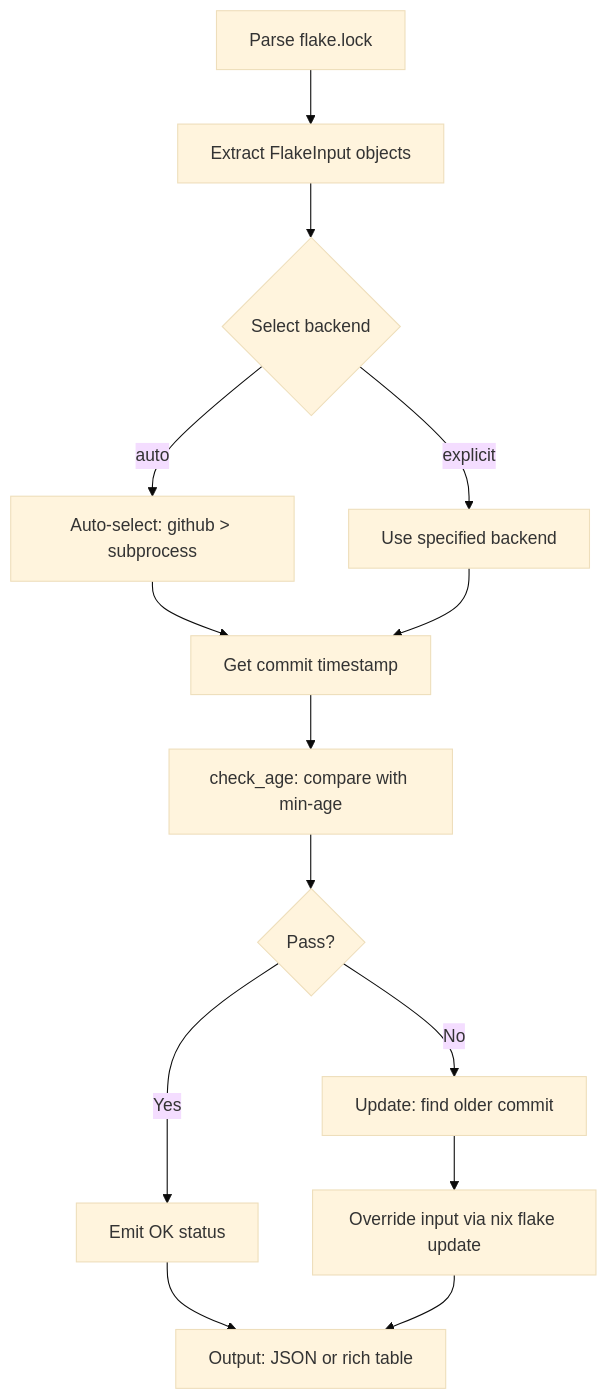
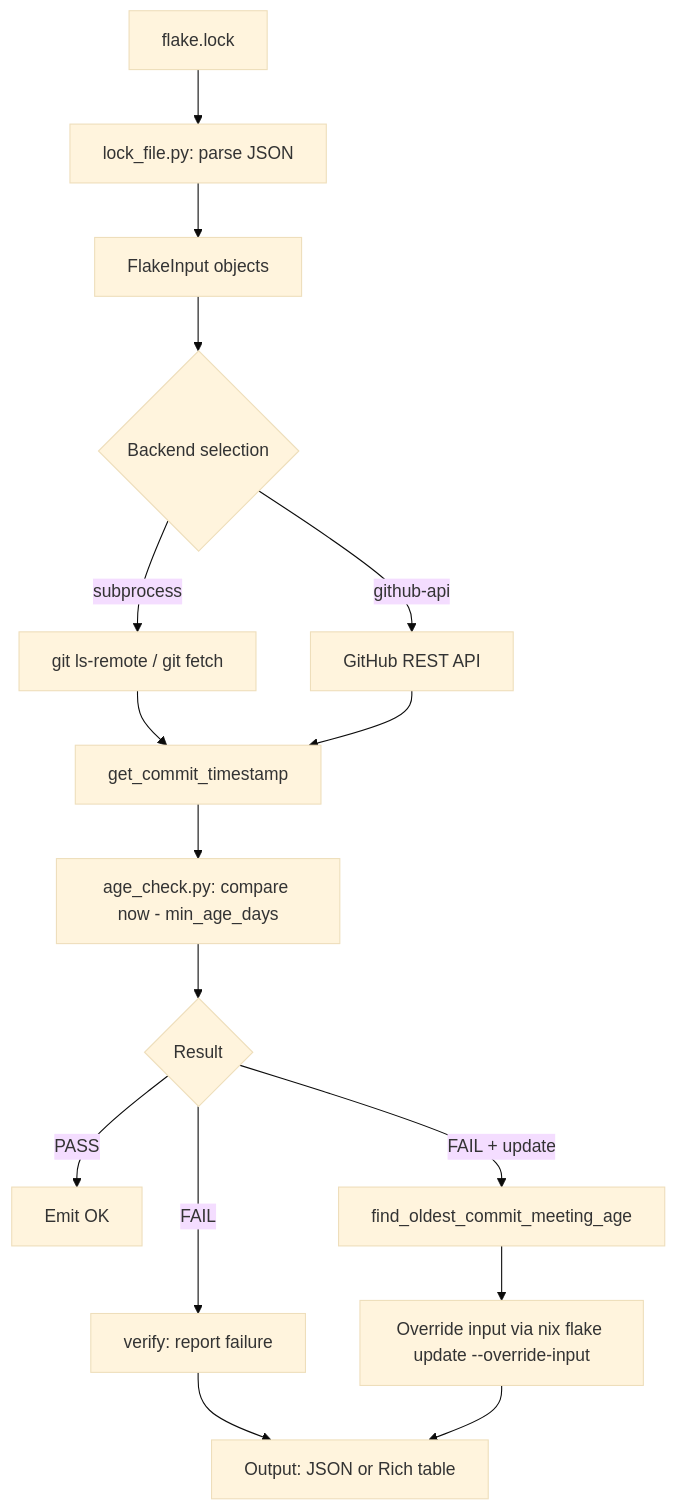
One commit to impure0xntk/nix-flake-age-filter changed the diagram in docs/design.md. Above: the diagram before and after it, drawn with Mermaid (base theme). The commit also changed other lines of this file and 3 other files, not shown here.

````diff
--- a/docs/design.md
+++ b/docs/design.md
@@ -48,16 +47,18 @@
 ```mermaid
 flowchart TD
-    A[Parse flake.lock] --> B[Extract FlakeInput objects]
-    B --> C{Select backend}
-    C -->|auto| D[Auto-select: github > subprocess]
-    C -->|explicit| E[Use specified backend]
-    D --> F[Get commit timestamp]
-    E --> F
-    F --> G[check_age: compare with min-age]
-    G --> H{Pass?}
-    H -->|Yes| I[Emit OK status]
-    H -->|No| J[Update: find older commit]
-    J --> K[Override input via nix flake update]
-    I --> L[Output: JSON or rich table]
-    K --> L
+    A[flake.lock] --> B[lock_file.py: parse JSON]
+    B --> C[FlakeInput objects]
+    C --> D{Backend selection}
+    D -->|subprocess| E[git ls-remote / git fetch]
+    D -->|github-api| F[GitHub REST API]
+    E --> G[get_commit_timestamp]
+    F --> G
+    G --> H[age_check.py: compare now - min_age_days]
+    H --> I{Result}
+    I -->|PASS| J[Emit OK]
+    I -->|FAIL| K[verify: report failure]
+    I -->|FAIL + update| L[find_oldest_commit_meeting_age]
+    L --> M[Override input via nix flake update --override-input]
+    K --> N[Output: JSON or Rich table]
+    M --> N
 ```
````
